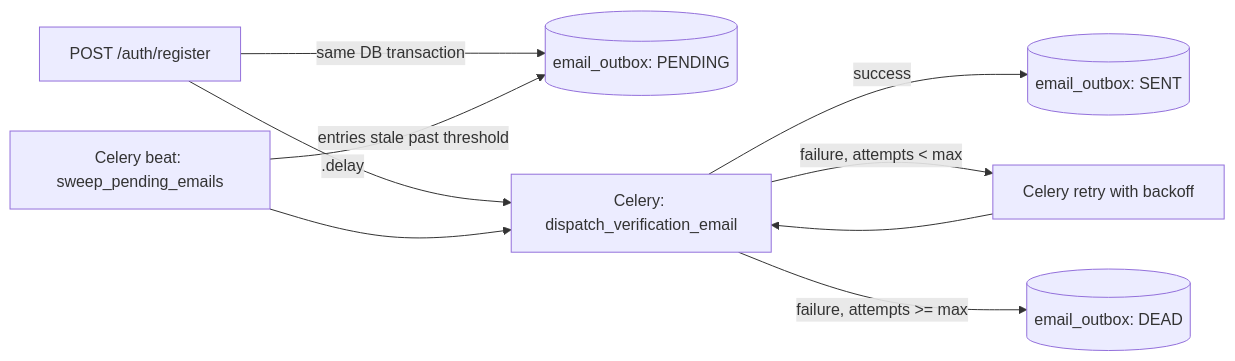
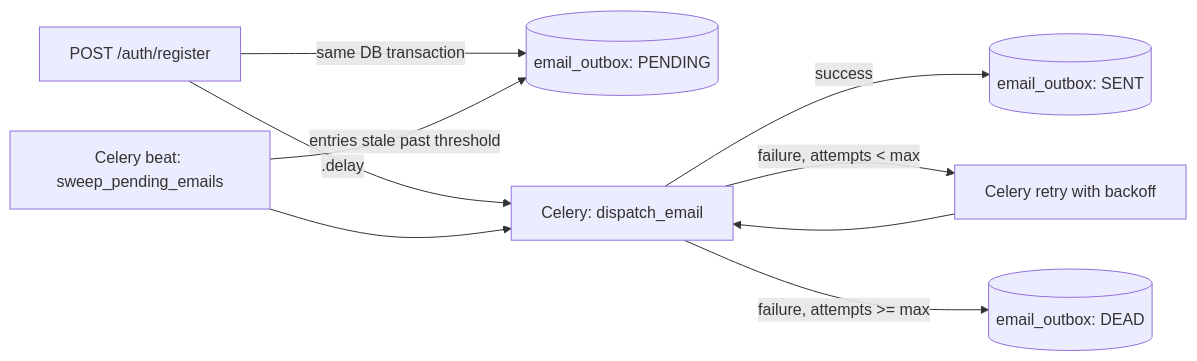
One commit to jbtwist/FastApi-Backend-Template changed the second of 2 diagrams in docs/architecture/overview.md. Above: the diagram before and after it, drawn with Mermaid. The commit also changed other lines of this file and 7 other files, not shown here.

````diff
--- a/docs/architecture/overview.md
+++ b/docs/architecture/overview.md
@@ -68,11 +68,11 @@
 ```mermaid
 flowchart LR
     A[POST /auth/register] -->|same DB transaction| B[(email_outbox: PENDING)]
-    A -->|.delay| C[Celery: dispatch_verification_email]
+    A -->|.delay| C[Celery: dispatch_email]
     C -->|success| D[(email_outbox: SENT)]
     C -->|failure, attempts < max| E[Celery retry with backoff]
     E --> C
     C -->|failure, attempts >= max| F[(email_outbox: DEAD)]
     G[Celery beat: sweep_pending_emails] -->|entries stale past threshold| B
     G --> C
 ```
````
